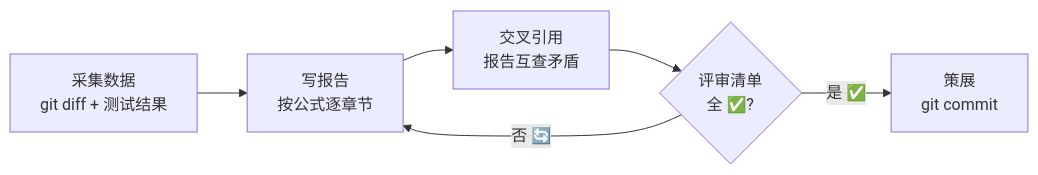
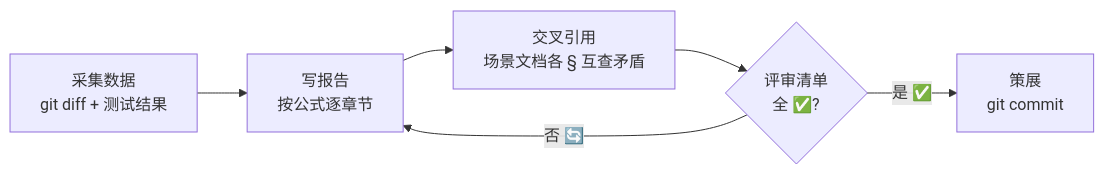
One commit to effiy/YrY changed the second of 6 diagrams in agents/reporter.md. Above: the diagram before and after it, drawn with Mermaid. The commit also changed other lines of this file and 37 other files, not shown here.

````diff
--- a/agents/reporter.md
+++ b/agents/reporter.md
@@ -45,9 +45,9 @@
 ```mermaid
 flowchart LR
     COL["采集数据<br/>git diff + 测试结果"]:::step --> WRI["写报告<br/>按公式逐章节"]:::step
-    WRI --> XREF["交叉引用<br/>报告互查矛盾"]:::step
+    WRI --> XREF["交叉引用<br/>场景文档各 § 互查矛盾"]:::step
     XREF --> CHK{"评审清单<br/>全 ✅?"}
     CHK -->|"否 🔄"| WRI
     CHK -->|"是 ✅"| CUR["策展<br/>git commit"]:::done
 
 ```
````
